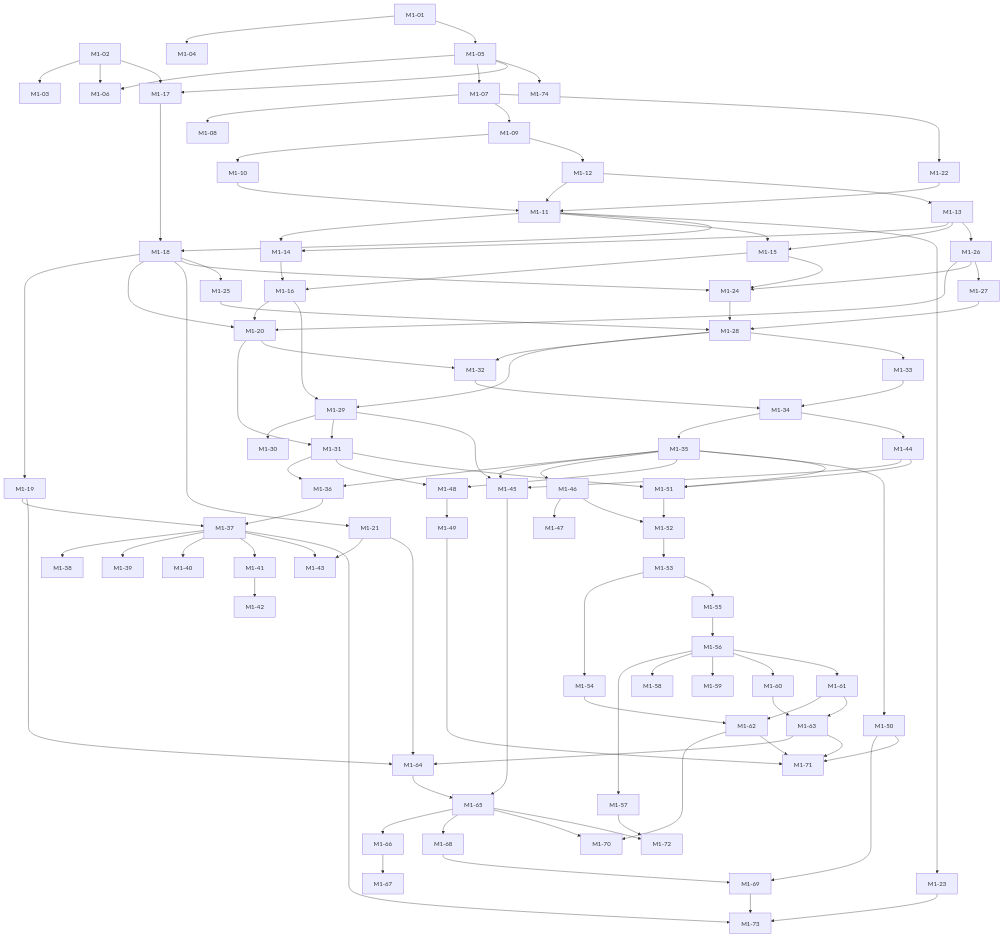
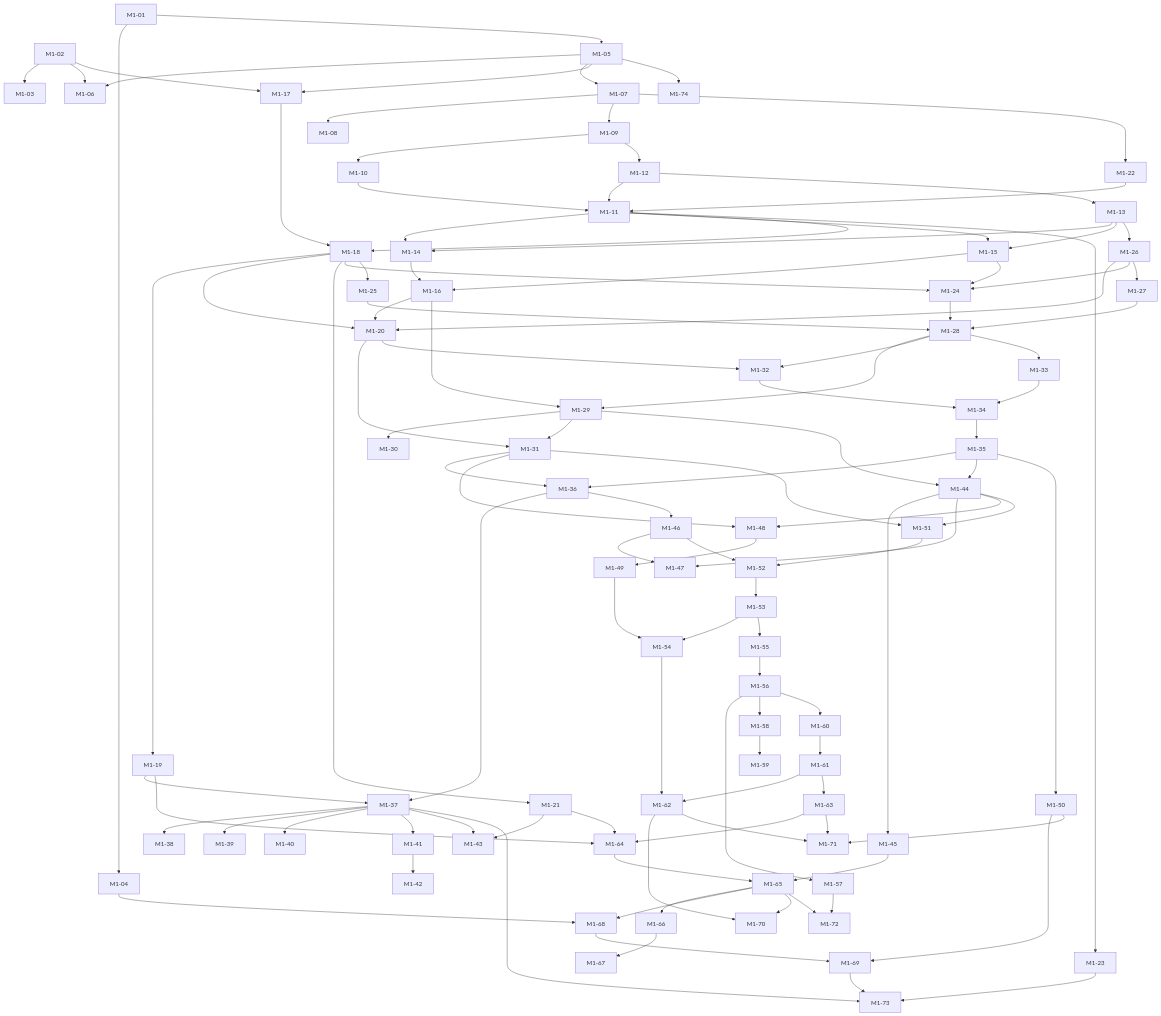
One commit to mguttmann/bothy changed the diagram in docs/briefs/README.md. Above: the diagram before and after it, drawn with Mermaid. The commit also changed other lines of this file and 44 other files, not shown here.

```diff
--- a/docs/briefs/README.md
+++ b/docs/briefs/README.md
@@ -239,8 +241,8 @@
   M1_12 --> M1_13
   M1_11 --> M1_14
   M1_13 --> M1_14
+  M1_11 --> M1_15
   M1_13 --> M1_15
-  M1_11 --> M1_15
   M1_14 --> M1_16
   M1_15 --> M1_16
   M1_02 --> M1_17
@@ -260,16 +262,16 @@
   M1_18 --> M1_25
   M1_13 --> M1_26
   M1_26 --> M1_27
+  M1_24 --> M1_28
   M1_25 --> M1_28
   M1_27 --> M1_28
-  M1_24 --> M1_28
   M1_16 --> M1_29
   M1_28 --> M1_29
   M1_29 --> M1_30
   M1_20 --> M1_31
   M1_29 --> M1_31
+  M1_20 --> M1_32
   M1_28 --> M1_32
-  M1_20 --> M1_32
   M1_28 --> M1_33
   M1_32 --> M1_34
   M1_33 --> M1_34
@@ -285,33 +287,32 @@
   M1_41 --> M1_42
   M1_21 --> M1_43
   M1_37 --> M1_43
-  M1_34 --> M1_44
-  M1_29 --> M1_45
-  M1_35 --> M1_45
+  M1_29 --> M1_44
+  M1_35 --> M1_44
   M1_44 --> M1_45
-  M1_35 --> M1_46
+  M1_36 --> M1_46
+  M1_44 --> M1_47
   M1_46 --> M1_47
   M1_31 --> M1_48
-  M1_35 --> M1_48
+  M1_44 --> M1_48
   M1_48 --> M1_49
   M1_35 --> M1_50
   M1_31 --> M1_51
-  M1_35 --> M1_51
   M1_44 --> M1_51
   M1_46 --> M1_52
   M1_51 --> M1_52
   M1_52 --> M1_53
+  M1_49 --> M1_54
   M1_53 --> M1_54
   M1_53 --> M1_55
   M1_55 --> M1_56
   M1_56 --> M1_57
   M1_56 --> M1_58
-  M1_56 --> M1_59
+  M1_58 --> M1_59
   M1_56 --> M1_60
-  M1_56 --> M1_61
+  M1_60 --> M1_61
   M1_54 --> M1_62
   M1_61 --> M1_62
-  M1_60 --> M1_63
   M1_61 --> M1_63
   M1_19 --> M1_64
   M1_21 --> M1_64
@@ -320,12 +321,12 @@
   M1_64 --> M1_65
   M1_65 --> M1_66
   M1_66 --> M1_67
+  M1_04 --> M1_68
   M1_65 --> M1_68
   M1_50 --> M1_69
   M1_68 --> M1_69
   M1_62 --> M1_70
   M1_65 --> M1_70
-  M1_49 --> M1_71
   M1_50 --> M1_71
   M1_62 --> M1_71
   M1_63 --> M1_71
```
